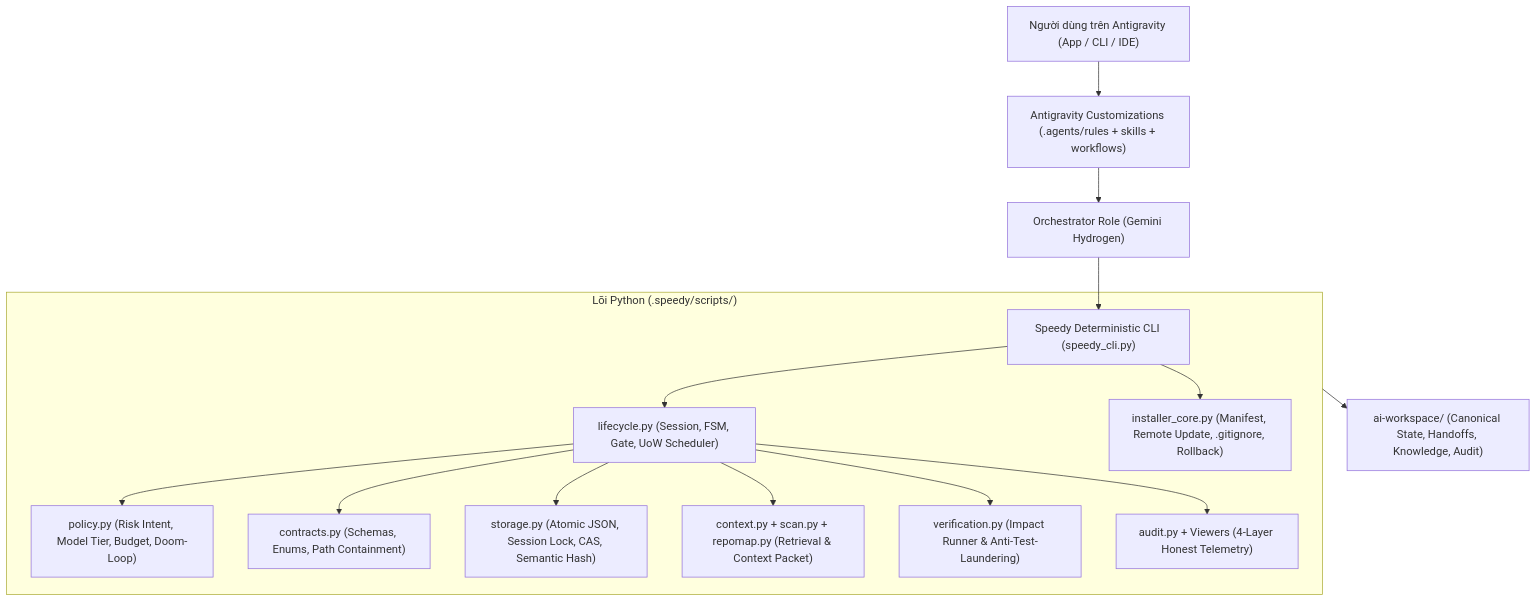
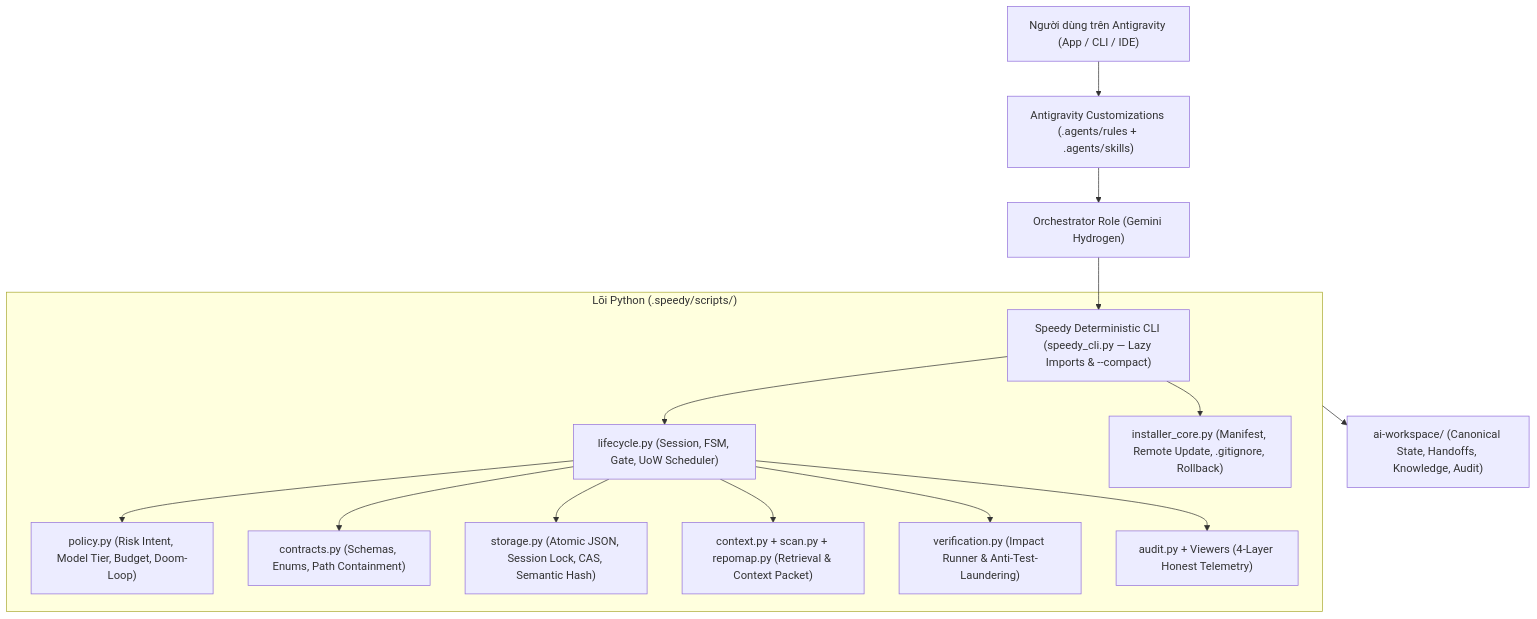
Before and after one commit to litt0709/snow-builder-redesign: the first of 2 diagrams in docs/ARCHITECTURE.md, drawn with Mermaid. The commit also changed other lines of this file and 4 other files, not shown here.

Commit message:
docs: sync Speedy DevKit docs with balanced Smart HITL, 3 themes, 11 short skills, 2-layer ignore, and CLI optimizations

````diff
--- a/docs/ARCHITECTURE.md
+++ b/docs/ARCHITECTURE.md
@@ -9,19 +9,19 @@
 ```mermaid
 flowchart TD
-    User["Người dùng trên Antigravity (App / CLI / IDE)"] --> Adapter["Antigravity Customizations (.agents/rules + skills + workflows)"]
+    User["Người dùng trên Antigravity (App / CLI / IDE)"] --> Adapter["Antigravity Customizations (.agents/rules + .agents/skills)"]
     Adapter --> Orchestrator["Orchestrator Role (Gemini Hydrogen)"]
-    Orchestrator --> CLI["Speedy Deterministic CLI (speedy_cli.py)"]
+    Orchestrator --> CLI["Speedy Deterministic CLI (speedy_cli.py — Lazy Imports & --compact)"]
 
     subgraph Core["Lõi Python (.speedy/scripts/)"]
         CLI --> Lifecycle["lifecycle.py (Session, FSM, Gate, UoW Scheduler)"]
         Lifecycle --> Policy["policy.py (Risk Intent, Model Tier, Budget, Doom-Loop)"]
         Lifecycle --> Contracts["contracts.py (Schemas, Enums, Path Containment)"]
         Lifecycle --> Storage["storage.py (Atomic JSON, Session Lock, CAS, Semantic Hash)"]
         Lifecycle --> Context["context.py + scan.py + repomap.py (Retrieval & Context Packet)"]
         Lifecycle --> Verify["verification.py (Impact Runner & Anti-Test-Laundering)"]
         Lifecycle --> Audit["audit.py + Viewers (4-Layer Honest Telemetry)"]
         CLI --> Installer["installer_core.py (Manifest, Remote Update, .gitignore, Rollback)"]
     end
 
     Core --> Disk["ai-workspace/ (Canonical State, Handoffs, Knowledge, Audit)"]
 ```
````
